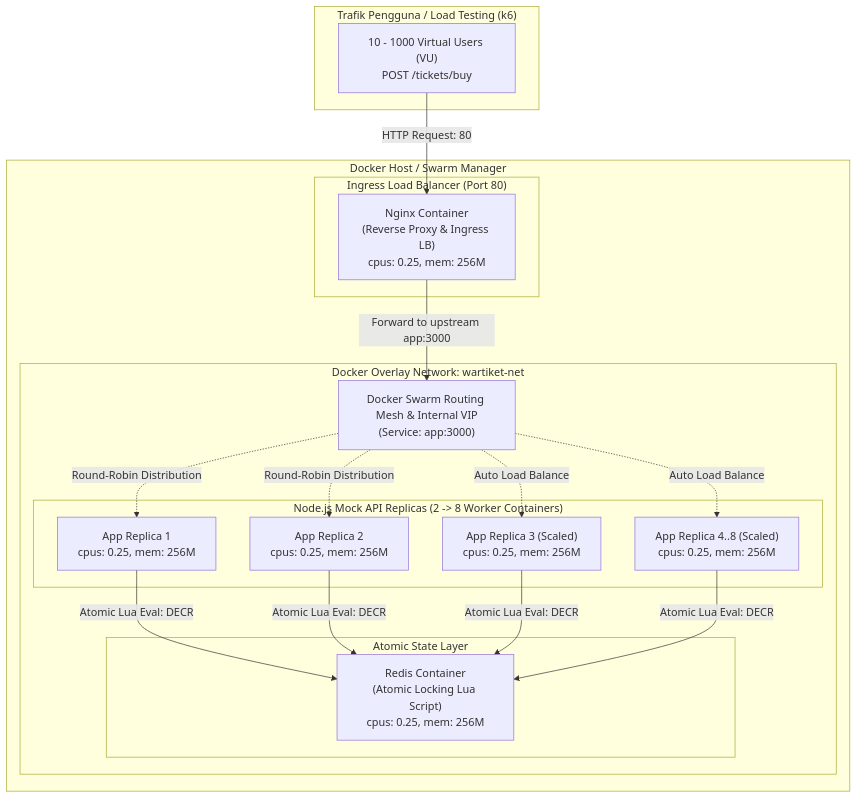
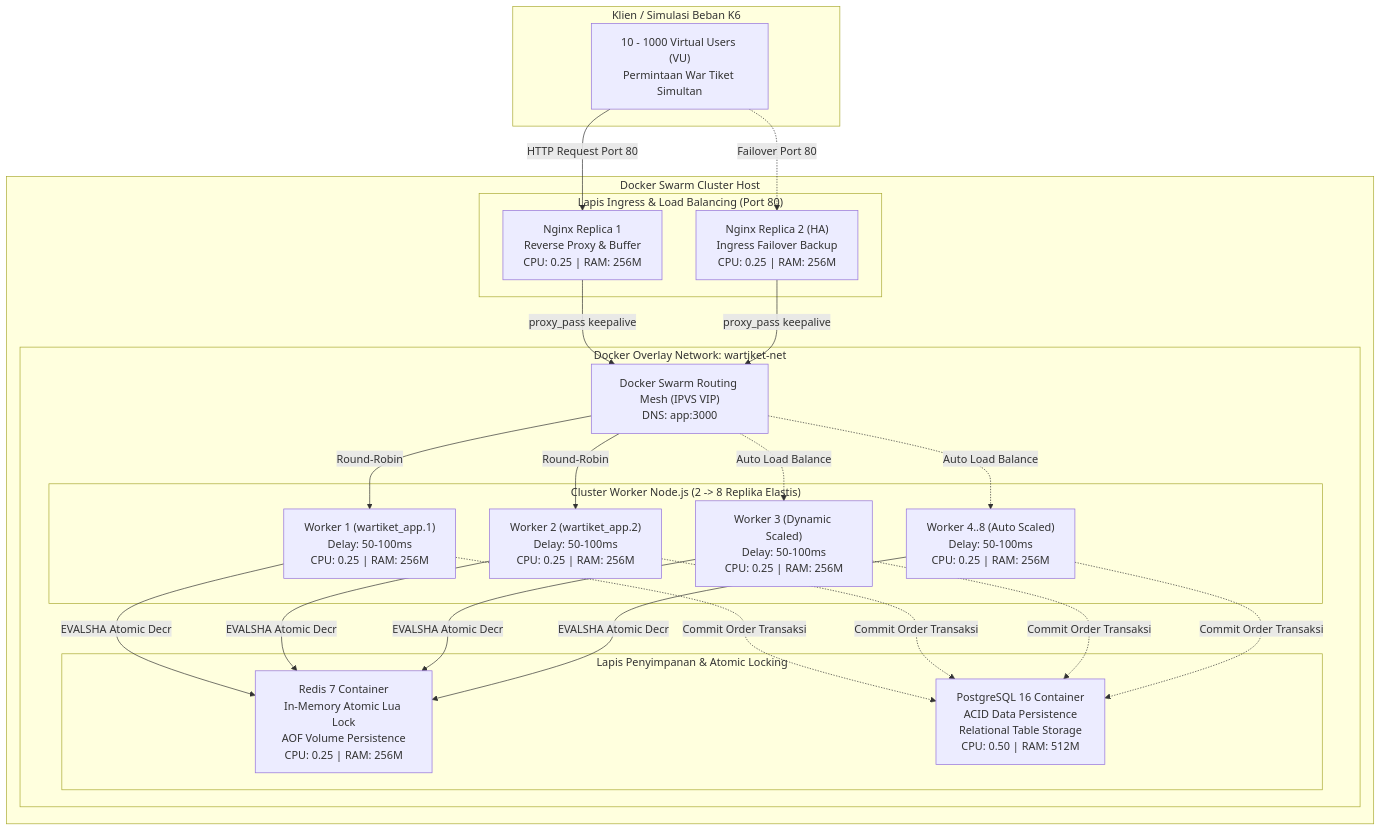
The diagram in README.md (Cahyooo69/Auto-Scaling-Load-Balancing), drawn with Mermaid before and after one commit. The commit also changed other lines of this file and 33 other files, not shown here.

````diff
--- a/README.md
+++ b/README.md
@@ -32,39 +69,49 @@
 ```mermaid
 flowchart TD
-    subgraph Clients["Trafik Pengguna / Load Testing (k6)"]
-        VU["10 - 1000 Virtual Users (VU)<br/>POST /tickets/buy"]
+    subgraph Clients["Klien / Simulasi Beban K6"]
+        U["10 - 1000 Virtual Users (VU)<br/>Permintaan War Tiket Simultan"]
     end
 
-    subgraph Host["Docker Host / Swarm Manager"]
-        subgraph Ingress["Ingress Load Balancer (Port 80)"]
-            NGINX["Nginx Container<br/>(Reverse Proxy & Ingress LB)<br/>cpus: 0.25, mem: 256M"]
+    subgraph Host["Docker Swarm Cluster Host"]
+        subgraph LayerIngress["Lapis Ingress & Load Balancing (Port 80)"]
+            NGINX1["Nginx Replica 1<br/>Reverse Proxy & Buffer<br/>CPU: 0.25 | RAM: 256M"]
+            NGINX2["Nginx Replica 2 (HA)<br/>Ingress Failover Backup<br/>CPU: 0.25 | RAM: 256M"]
         end
 
-        subgraph SwarmOverlay["Docker Overlay Network: wartiket-net"]
-            VIP["Docker Swarm Routing Mesh & Internal VIP<br/>(Service: app:3000)"]
-          
-            subgraph AppReplicas["Node.js Mock API Replicas (2 -> 8 Worker Containers)"]
-                APP1["App Replica 1<br/>cpus: 0.25, mem: 256M"]
-                APP2["App Replica 2<br/>cpus: 0.25, mem: 256M"]
-                APP3["App Replica 3 (Scaled)<br/>cpus: 0.25, mem: 256M"]
-                APPN["App Replica 4..8 (Scaled)<br/>cpus: 0.25, mem: 256M"]
+        subgraph OverlayNet["Docker Overlay Network: wartiket-net"]
+            VIP["Docker Swarm Routing Mesh (IPVS VIP)<br/>DNS: app:3000"]
+
+            subgraph WorkerCluster["Cluster Worker Node.js (2 -> 8 Replika Elastis)"]
+                APP1["Worker 1 (wartiket_app.1)<br/>Delay: 50-100ms<br/>CPU: 0.25 | RAM: 256M"]
+                APP2["Worker 2 (wartiket_app.2)<br/>Delay: 50-100ms<br/>CPU: 0.25 | RAM: 256M"]
+                APP3["Worker 3 (Dynamic Scaled)<br/>Delay: 50-100ms<br/>CPU: 0.25 | RAM: 256M"]
+                APPX["Worker 4..8 (Auto Scaled)<br/>Delay: 50-100ms<br/>CPU: 0.25 | RAM: 256M"]
             end
 
-            subgraph Storage["Atomic State Layer"]
-                REDIS["Redis Container<br/>(Atomic Locking Lua Script)<br/>cpus: 0.25, mem: 256M"]
+            subgraph StateLayer["Lapis Penyimpanan & Atomic Locking"]
+                REDIS["Redis 7 Container<br/>In-Memory Atomic Lua Lock<br/>AOF Volume Persistence<br/>CPU: 0.25 | RAM: 256M"]
+                PG["PostgreSQL 16 Container<br/>ACID Data Persistence<br/>Relational Table Storage<br/>CPU: 0.50 | RAM: 512M"]
             end
         end
     end
 
-    VU -->|HTTP Request: 80| NGINX
-    NGINX -->|Forward to upstream app:3000| VIP
-    VIP -.->|Round-Robin Distribution| APP1
-    VIP -.->|Round-Robin Distribution| APP2
+    U -->|HTTP Request Port 80| NGINX1
+    U -.->|Failover Port 80| NGINX2
+    NGINX1 -->|proxy_pass keepalive| VIP
+    NGINX2 -->|proxy_pass keepalive| VIP
+
+    VIP -->|Round-Robin| APP1
+    VIP -->|Round-Robin| APP2
     VIP -.->|Auto Load Balance| APP3
-    VIP -.->|Auto Load Balance| APPN
+    VIP -.->|Auto Load Balance| APPX
 
-    APP1 -->|Atomic Lua Eval: DECR| REDIS
-    APP2 -->|Atomic Lua Eval: DECR| REDIS
-    APP3 -->|Atomic Lua Eval: DECR| REDIS
-    APPN -->|Atomic Lua Eval: DECR| REDIS
+    APP1 -->|EVALSHA Atomic Decr| REDIS
+    APP2 -->|EVALSHA Atomic Decr| REDIS
+    APP3 -->|EVALSHA Atomic Decr| REDIS
+    APPX -->|EVALSHA Atomic Decr| REDIS
+
+    APP1 -.->|Commit Order Transaksi| PG
+    APP2 -.->|Commit Order Transaksi| PG
+    APP3 -.->|Commit Order Transaksi| PG
+    APPX -.->|Commit Order Transaksi| PG
 ```
````
